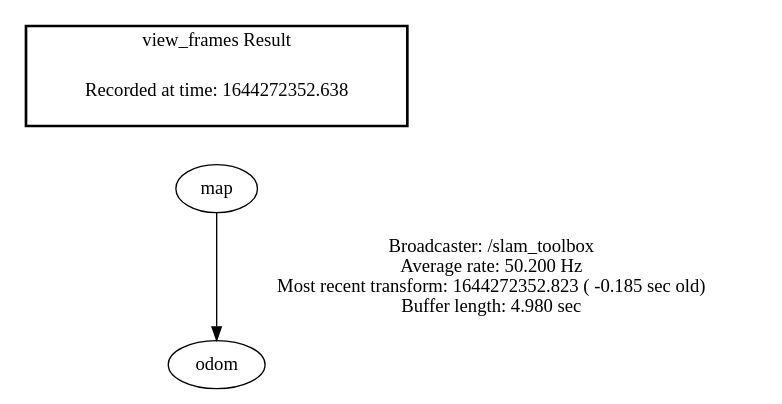
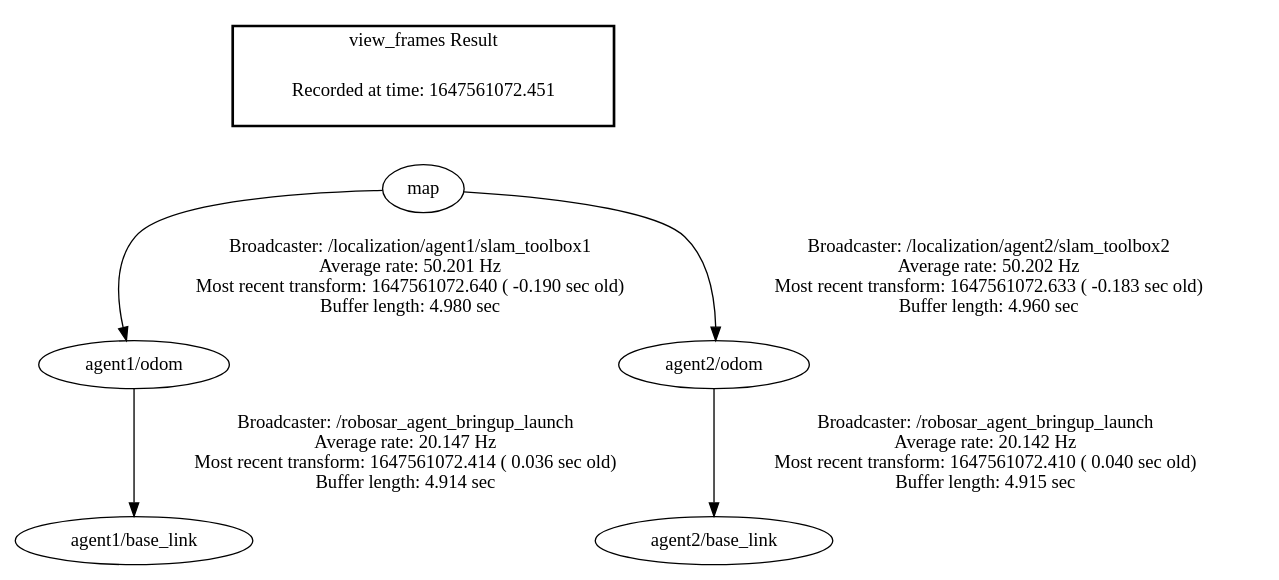
The diagram in slam_toolbox/launch/frames.gv (MRSD-Team-RoboSAR/robosar_SLAM_toolbox), drawn with Graphviz before and after one commit. The commit also changed 3 other files, not shown here.

Commit message:
Hardcoded localization for agent1 and agent2

```diff
--- a/slam_toolbox/launch/frames.gv
+++ b/slam_toolbox/launch/frames.gv
@@ -1,7 +1,10 @@
 digraph G {
-"map" -> "odom"[label="Broadcaster: /slam_toolbox\nAverage rate: 50.200 Hz\nMost recent transform: 1644272352.823 ( -0.185 sec old)\nBuffer length: 4.980 sec\n"];
+"map" -> "agent1/odom"[label="Broadcaster: /localization/agent1/slam_toolbox1\nAverage rate: 50.201 Hz\nMost recent transform: 1647561072.640 ( -0.190 sec old)\nBuffer length: 4.980 sec\n"];
+"map" -> "agent2/odom"[label="Broadcaster: /localization/agent2/slam_toolbox2\nAverage rate: 50.202 Hz\nMost recent transform: 1647561072.633 ( -0.183 sec old)\nBuffer length: 4.960 sec\n"];
+"agent2/odom" -> "agent2/base_link"[label="Broadcaster: /robosar_agent_bringup_launch\nAverage rate: 20.142 Hz\nMost recent transform: 1647561072.410 ( 0.040 sec old)\nBuffer length: 4.915 sec\n"];
+"agent1/odom" -> "agent1/base_link"[label="Broadcaster: /robosar_agent_bringup_launch\nAverage rate: 20.147 Hz\nMost recent transform: 1647561072.414 ( 0.036 sec old)\nBuffer length: 4.914 sec\n"];
 edge [style=invis];
  subgraph cluster_legend { style=bold; color=black; label ="view_frames Result";
-"Recorded at time: 1644272352.638"[ shape=plaintext ] ;
+"Recorded at time: 1647561072.451"[ shape=plaintext ] ;
  }->"map";
 }
```
